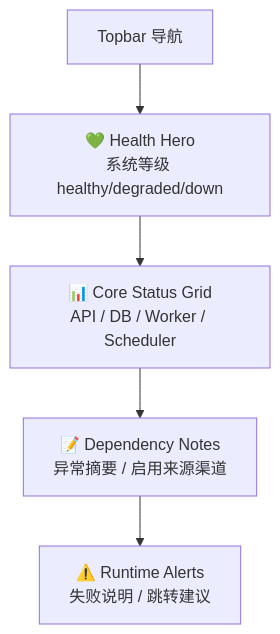
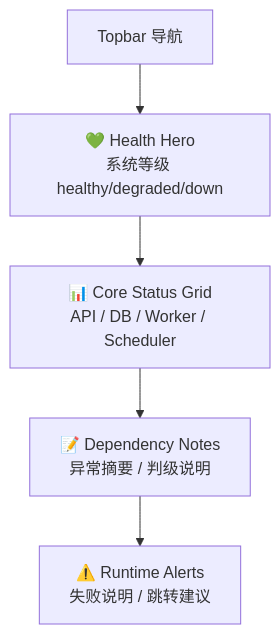
One commit to coeoo/AetherFlow changed the diagram in docs/13-界面设计/P005-平台系统状态页面设计.md. Above: the diagram before and after it, drawn with Mermaid. The commit also changed other lines of this file and 36 other files, not shown here.

````diff
--- a/docs/13-界面设计/P005-平台系统状态页面设计.md
+++ b/docs/13-界面设计/P005-平台系统状态页面设计.md
@@ -30,7 +30,7 @@
 ```mermaid
 flowchart TD
     A["Topbar 导航"] --> B["💚 Health Hero\n系统等级 healthy/degraded/down"]
     B --> C["📊 Core Status Grid\nAPI / DB / Worker / Scheduler"]
-    C --> D["📝 Dependency Notes\n异常摘要 / 启用来源渠道"]
+    C --> D["📝 Dependency Notes\n异常摘要 / 判级说明"]
     D --> E["⚠️ Runtime Alerts\n失败说明 / 跳转建议"]
 ```
````
